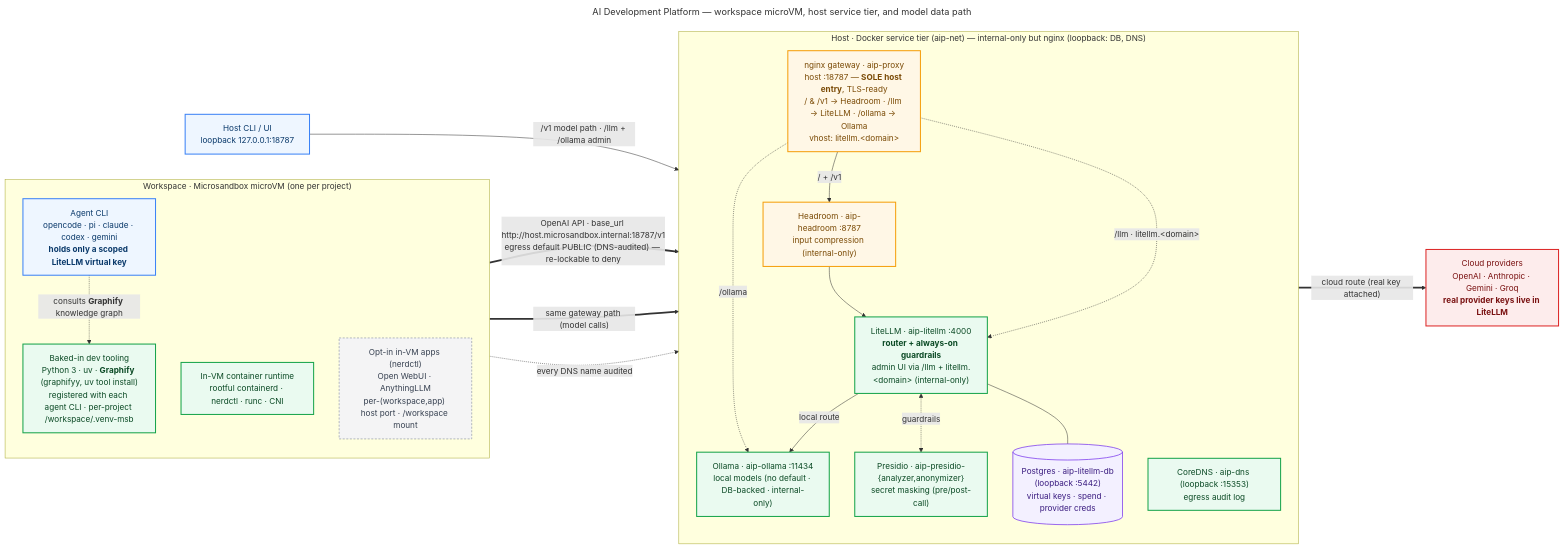
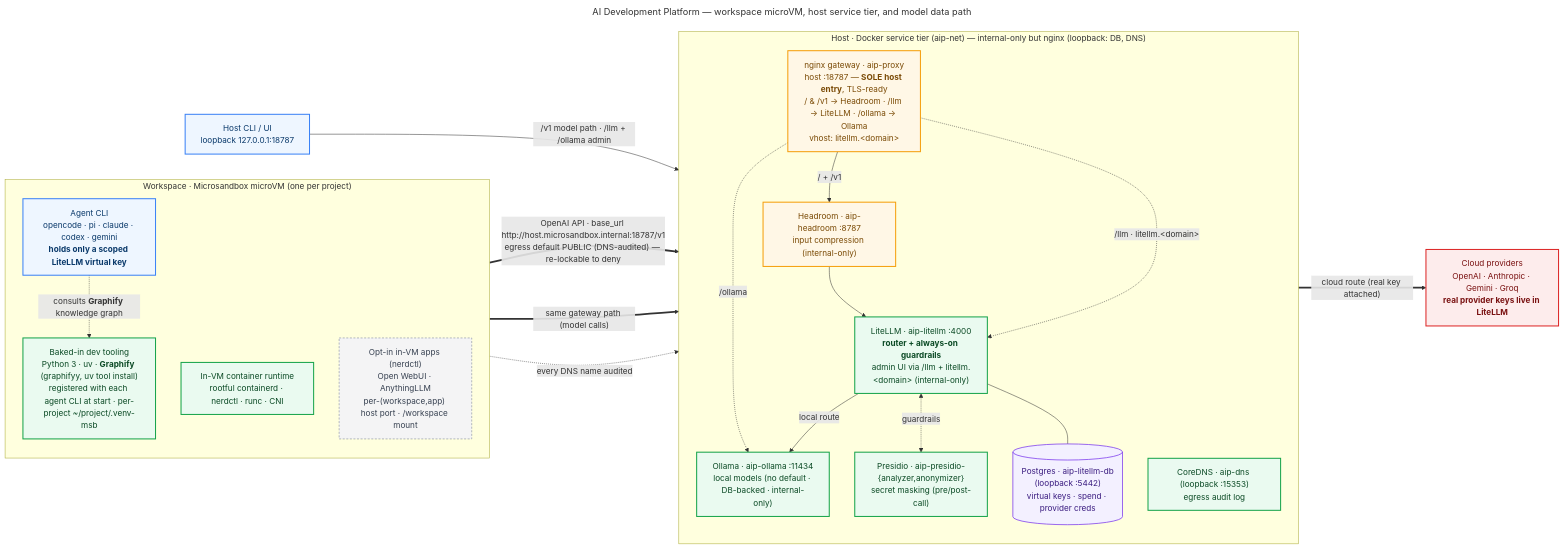
Before and after one commit to jt-helsinki/stack-genie: the diagram in docs/architecture.mmd, drawn with Mermaid. The commit also changed 8 other files, not shown here.

First line of the commit message:
docs/spec: reconcile with graphify-model, ~/project mount, memory-in-GB, once-per-project graphify install

```diff
--- a/docs/architecture.mmd
+++ b/docs/architecture.mmd
@@ -1,45 +1,45 @@
 ---
 title: AI Development Platform — workspace microVM, host service tier, and model data path
 ---
 flowchart LR
   classDef vm fill:#eef6ff,stroke:#3b82f6,stroke-width:2px,color:#0b3a6b;
   classDef gw fill:#fff7e6,stroke:#f59e0b,stroke-width:2px,color:#7a4a05;
   classDef core fill:#eafaf0,stroke:#16a34a,stroke-width:2px,color:#0b4a25;
   classDef store fill:#f3f0ff,stroke:#7c3aed,stroke-width:1.5px,color:#3b1d80;
   classDef opt fill:#f4f4f5,stroke:#9ca3af,stroke-width:1.5px,stroke-dasharray:4 3,color:#374151;
   classDef cloud fill:#fdecec,stroke:#dc2626,stroke-width:2px,color:#7a1212;
 
   subgraph WS["Workspace · Microsandbox microVM (one per project)"]
     direction TB
     AGENT["Agent CLI<br/>opencode · pi · claude · codex · gemini<br/><b>holds only a scoped LiteLLM virtual key</b>"]:::vm
     RT["In-VM container runtime<br/>rootful containerd · nerdctl · runc · CNI"]:::core
-    TOOLS["Baked-in dev tooling<br/>Python 3 · uv · <b>Graphify</b> (graphifyy, uv tool install)<br/>registered with each agent CLI · per-project /workspace/.venv-msb"]:::core
+    TOOLS["Baked-in dev tooling<br/>Python 3 · uv · <b>Graphify</b> (graphifyy, uv tool install)<br/>registered with each agent CLI at start · per-project ~/project/.venv-msb"]:::core
     APPS["Opt-in in-VM apps (nerdctl)<br/>Open WebUI · AnythingLLM<br/>per-(workspace,app) host port · /workspace mount"]:::opt
   end
 
   subgraph TIER["Host · Docker service tier (aip-net) — internal-only but nginx (loopback: DB, DNS)"]
     direction TB
     PROXY["nginx gateway · aip-proxy<br/>host :18787 — <b>SOLE host entry</b>, TLS-ready<br/>/ &amp; /v1 → Headroom · /llm → LiteLLM · /ollama → Ollama<br/>vhost: litellm.&lt;domain&gt;"]:::gw
     HEAD["Headroom · aip-headroom :8787<br/>input compression (internal-only)"]:::gw
     LLM["LiteLLM · aip-litellm :4000<br/><b>router + always-on guardrails</b><br/>admin UI via /llm + litellm.&lt;domain&gt; (internal-only)"]:::core
     PG[("Postgres · aip-litellm-db<br/>(loopback :5442)<br/>virtual keys · spend · provider creds")]:::store
     PRES["Presidio · aip-presidio-{analyzer,anonymizer}<br/>secret masking (pre/post-call)"]:::core
     OLL["Ollama · aip-ollama :11434<br/>local models (no default · DB-backed · internal-only)"]:::core
     DNS["CoreDNS · aip-dns (loopback :15353)<br/>egress audit log"]:::core
   end
 
   CLI["Host CLI / UI<br/>loopback 127.0.0.1:18787"]:::vm
   CLOUD["Cloud providers<br/>OpenAI · Anthropic · Gemini · Groq<br/><b>real provider keys live in LiteLLM</b>"]:::cloud
 
   AGENT == "OpenAI API · base_url http://host.microsandbox.internal:18787/v1<br/>egress default PUBLIC (DNS-audited) — re-lockable to deny" ==> PROXY
   APPS == "same gateway path (model calls)" ==> PROXY
   CLI -- "/v1 model path · /llm + /ollama admin" --> PROXY
   AGENT -. "every DNS name audited" .-> DNS
   AGENT -. "consults <b>Graphify</b> knowledge graph" .-> TOOLS
   PROXY -- "/ + /v1" --> HEAD --> LLM
   PROXY -. "/llm · litellm.&lt;domain&gt;" .-> LLM
   PROXY -. "/ollama" .-> OLL
   LLM <-. "guardrails" .-> PRES
   LLM --- PG
   LLM -- "local route" --> OLL
   LLM == "cloud route (real key attached)" ==> CLOUD
```
